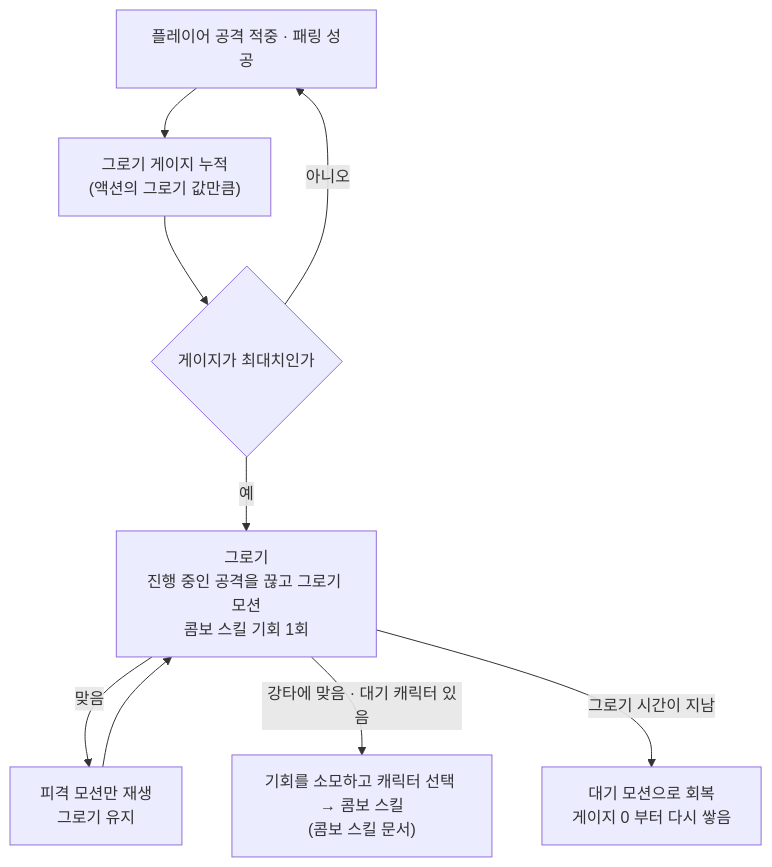
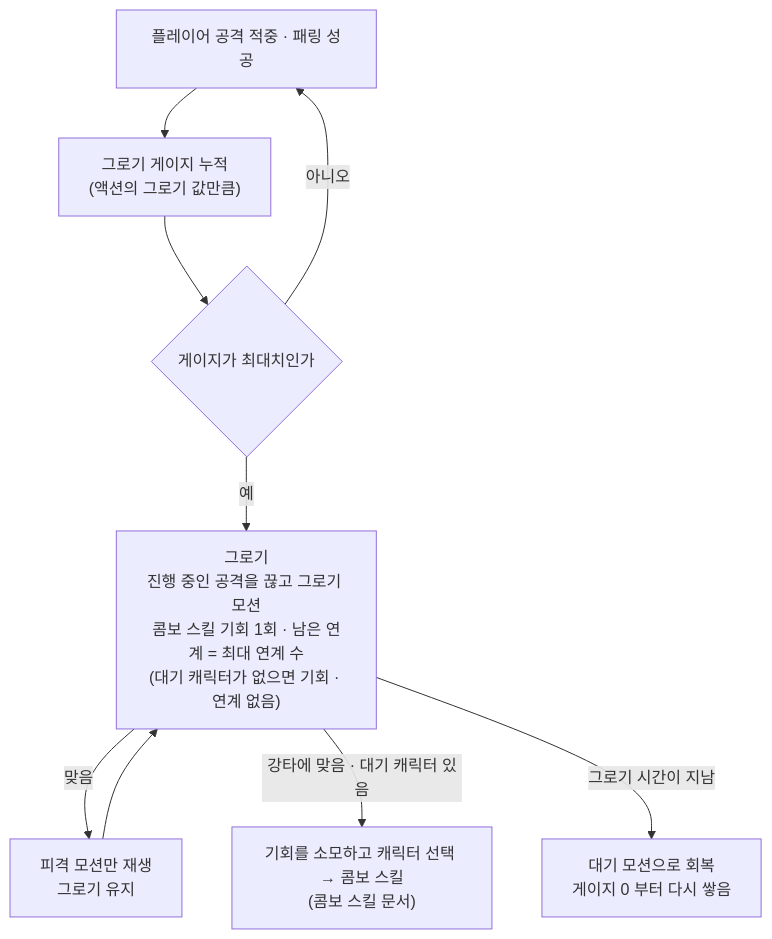
One commit to SquashPrince/Develrocket_mp15_HHH changed the second of 2 diagrams in Docs/Technical/Enemy/EnemyCommon.md. Above: the diagram before and after it, drawn with Mermaid. The commit also changed other lines of this file and 2 other files, not shown here.

````diff
--- a/Docs/Technical/Enemy/EnemyCommon.md
+++ b/Docs/Technical/Enemy/EnemyCommon.md
@@ -48,11 +48,11 @@
 ```mermaid
 flowchart TD
     A["플레이어 공격 적중 · 패링 성공"] --> P["그로기 게이지 누적<br>(액션의 그로기 값만큼)"]
     P --> F{"게이지가 최대치인가"}
     F -->|"아니오"| A
-    F -->|"예"| G["그로기<br>진행 중인 공격을 끊고 그로기 모션<br>콤보 스킬 기회 1회"]
+    F -->|"예"| G["그로기<br>진행 중인 공격을 끊고 그로기 모션<br>콤보 스킬 기회 1회 · 남은 연계 = 최대 연계 수<br>(대기 캐릭터가 없으면 기회 · 연계 없음)"]
     G -->|"맞음"| GH["피격 모션만 재생<br>그로기 유지"]
     GH --> G
     G -->|"강타에 맞음 · 대기 캐릭터 있음"| C["기회를 소모하고 캐릭터 선택 → 콤보 스킬<br>(콤보 스킬 문서)"]
     G -->|"그로기 시간이 지남"| R["대기 모션으로 회복<br>게이지 0 부터 다시 쌓음"]
 ```
````
